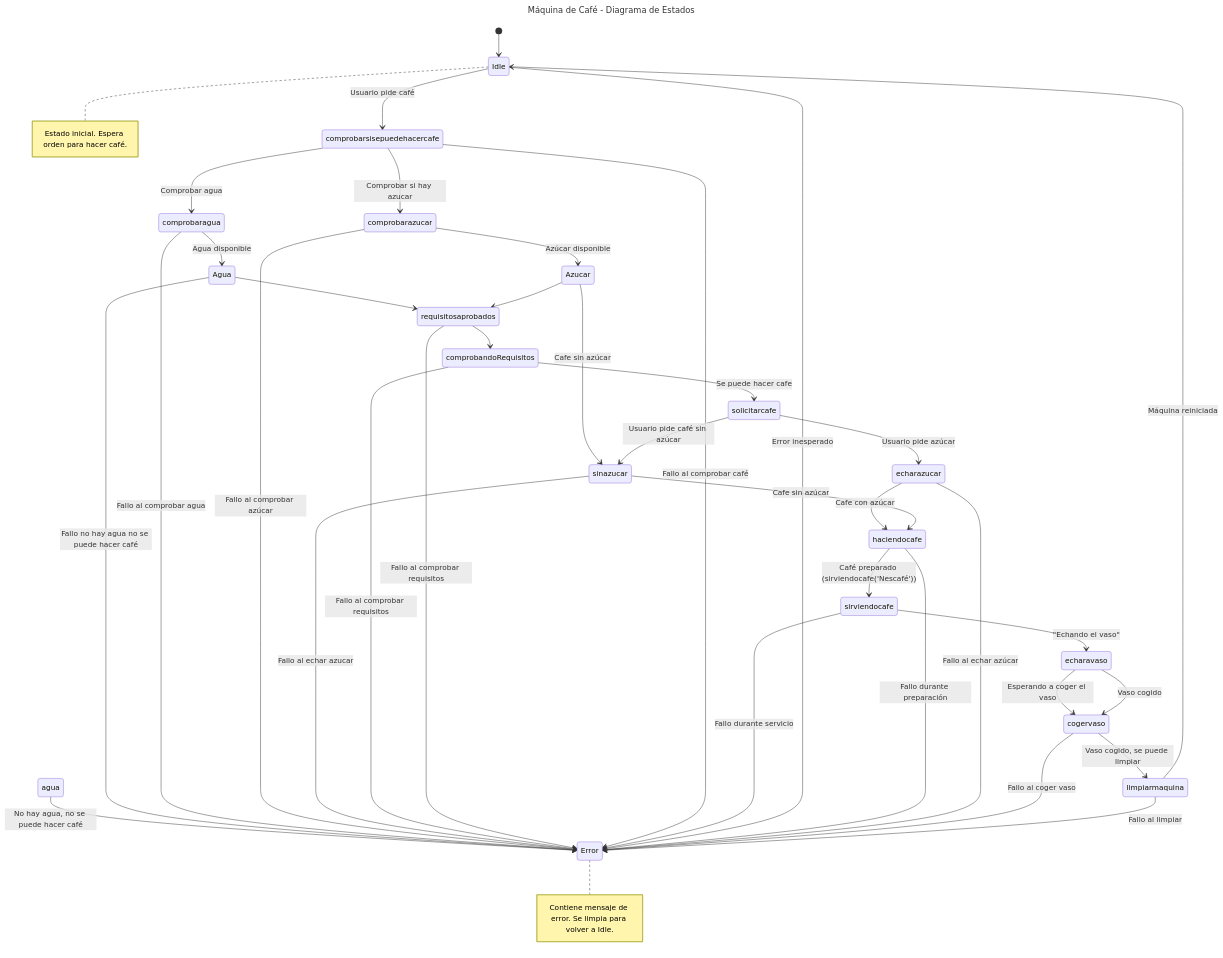
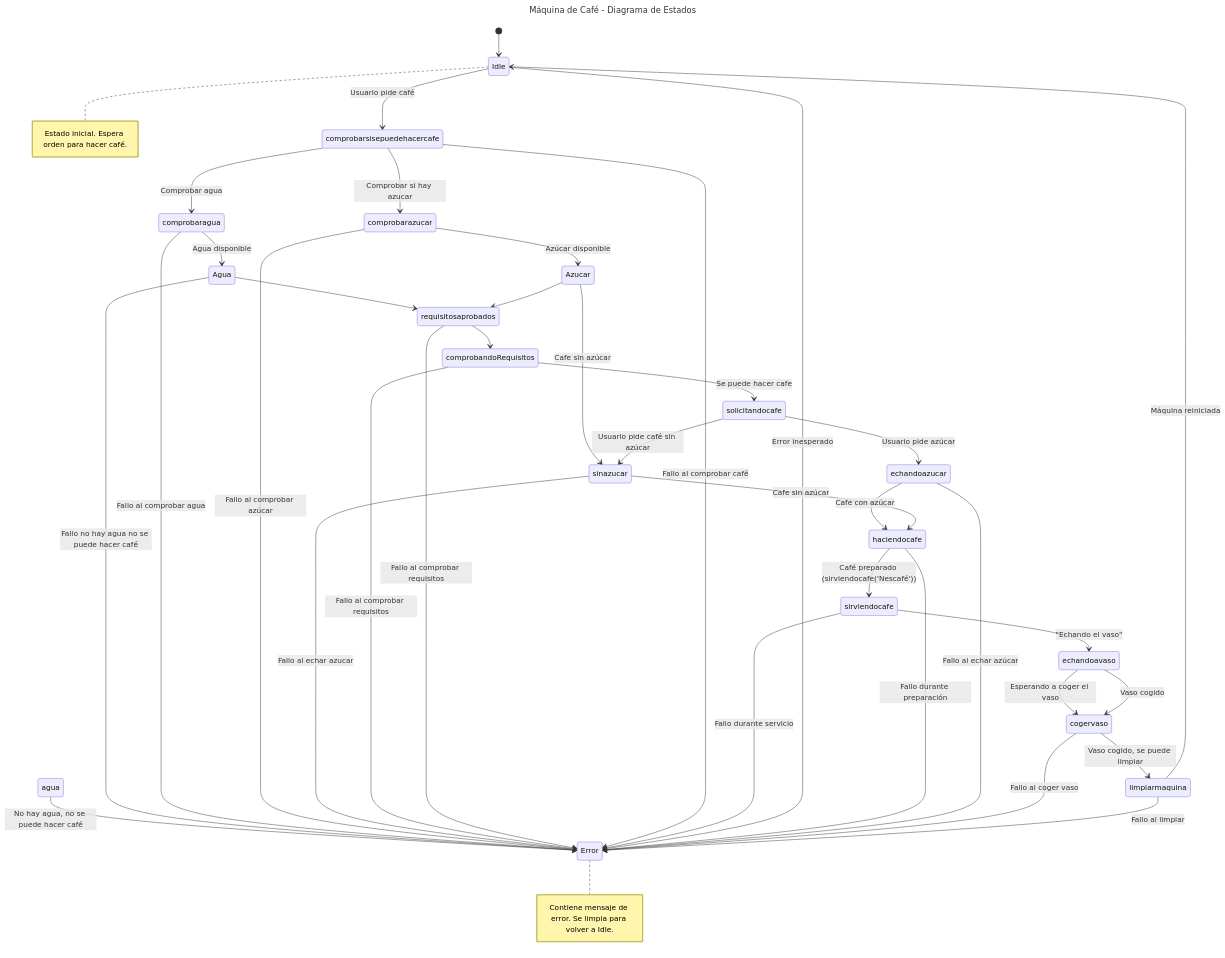
Before and after one commit to shermidagre/PMDM: the diagram in 1trabajo/src/diagrama.mmd, drawn with Mermaid.

Commit message:
random para probar

```diff
--- a/1trabajo/src/diagrama.mmd
+++ b/1trabajo/src/diagrama.mmd
@@ -1,48 +1,48 @@
 ---
 title: Máquina de Café - Diagrama de Estados
 ---
 stateDiagram-v2
 [*] --> Idle
 Idle --> comprobarsisepuedehacercafe: Usuario pide café
 
 comprobarsisepuedehacercafe --> comprobaragua: Comprobar agua
 agua --> Error : No hay agua, no se puede hacer café
 comprobaragua --> Agua: Agua disponible
 Agua --> requisitosaprobados
 Agua --> Error : Fallo no hay agua no se puede hacer café
 comprobaragua --> Error: Fallo al comprobar agua
 
 comprobarsisepuedehacercafe --> comprobarazucar : Comprobar si hay azucar
 comprobarazucar --> Azucar: Azúcar disponible
 comprobarazucar --> Error : Fallo al comprobar azúcar
 Azucar --> requisitosaprobados
 
 requisitosaprobados --> comprobandoRequisitos
 
 Azucar --> sinazucar: Cafe sin azúcar
 sinazucar --> Error : Fallo al echar azucar
 
-comprobandoRequisitos --> solicitarcafe: Se puede hacer cafe
+comprobandoRequisitos --> solicitandocafe: Se puede hacer cafe
 comprobandoRequisitos --> Error: Fallo al comprobar requisitos
 requisitosaprobados --> Error: Fallo al comprobar requisitos
 
 comprobarsisepuedehacercafe --> Error: Fallo al comprobar café
-solicitarcafe --> echarazucar: Usuario pide azúcar
-solicitarcafe --> sinazucar: Usuario pide café sin azúcar
-echarazucar --> haciendocafe: Cafe con azúcar
+solicitandocafe --> echandoazucar: Usuario pide azúcar
+solicitandocafe --> sinazucar: Usuario pide café sin azúcar
+echandoazucar --> haciendocafe: Cafe con azúcar
 sinazucar --> haciendocafe: Cafe sin azúcar
 
 haciendocafe --> sirviendocafe: Café preparado (sirviendocafe('Nescafé'))
 sirviendocafe --> Error: Fallo durante servicio
 Idle --> Error: Error inesperado
 haciendocafe --> Error: Fallo durante preparación
-echarazucar --> Error: Fallo al echar azúcar
-sirviendocafe --> echaravaso: "Echando el vaso"
-echaravaso --> cogervaso: Esperando a coger el vaso
+echandoazucar --> Error: Fallo al echar azúcar
+sirviendocafe --> echandoavaso: "Echando el vaso"
+echandoavaso --> cogervaso: Esperando a coger el vaso
 cogervaso --> Error: Fallo al coger vaso
-echaravaso --> cogervaso: Vaso cogido
+echandoavaso --> cogervaso: Vaso cogido
 cogervaso --> limpiarmaquina:  Vaso cogido, se puede limpiar
 limpiarmaquina --> Idle: Máquina reiniciada
 limpiarmaquina --> Error: Fallo al limpiar
 note right of Idle: Estado inicial. Espera orden para hacer café.
 note right of Error: Contiene mensaje de error. Se limpia para volver a Idle.
```
